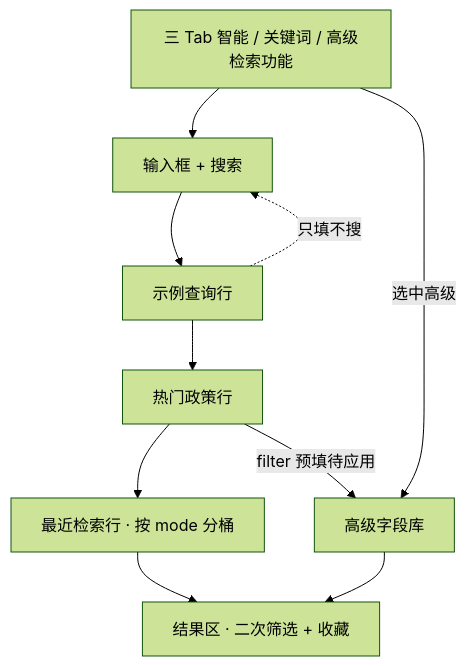
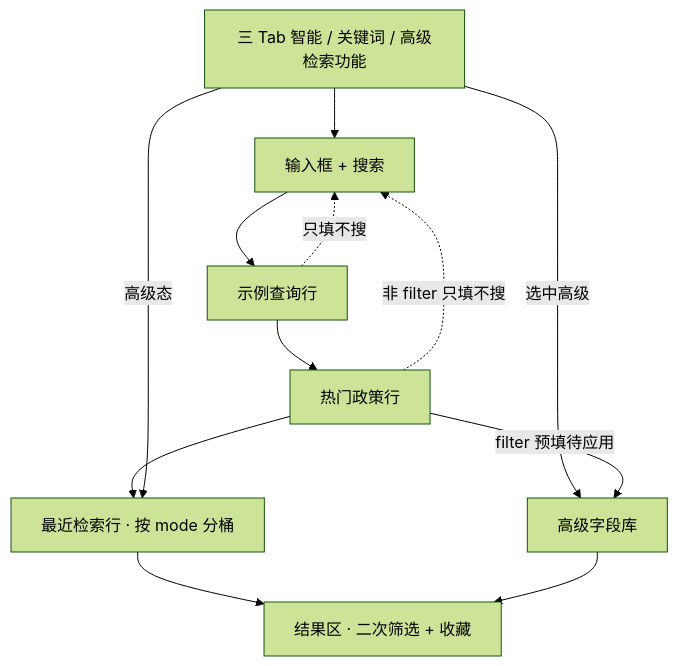
The diagram in agent-delivery/agent-handoffs/科技政策跟踪-POL/sdd/l2/会签/DS10-QRY-FDE-蓝色区-线框.md (Marisolebxf/-), drawn with Mermaid (forest theme) before and after one commit. The commit also changed other lines of this file and 10 other files, not shown here.

````diff
--- a/agent-delivery/agent-handoffs/科技政策跟踪-POL/sdd/l2/会签/DS10-QRY-FDE-蓝色区-线框.md
+++ b/agent-delivery/agent-handoffs/科技政策跟踪-POL/sdd/l2/会签/DS10-QRY-FDE-蓝色区-线框.md
@@ -57,19 +58,21 @@
 ```mermaid
 flowchart TB
   T[三 Tab 智能 / 关键词 / 高级检索功能]
   I[输入框 + 搜索]
   E[示例查询行]
   H[热门政策行]
   R[最近检索行 · 按 mode 分桶]
   A[高级字段库]
   Z[结果区 · 二次筛选 + 收藏]
   T --> I
   I --> E
   E --> H
   H --> R
   R --> Z
   T -->|选中高级| A
   H -->|filter 预填待应用| A
+  H -.->|非 filter 只填不搜| I
   E -.->|只填不搜| I
   A --> Z
+  T -->|高级态| R
 ```
````
